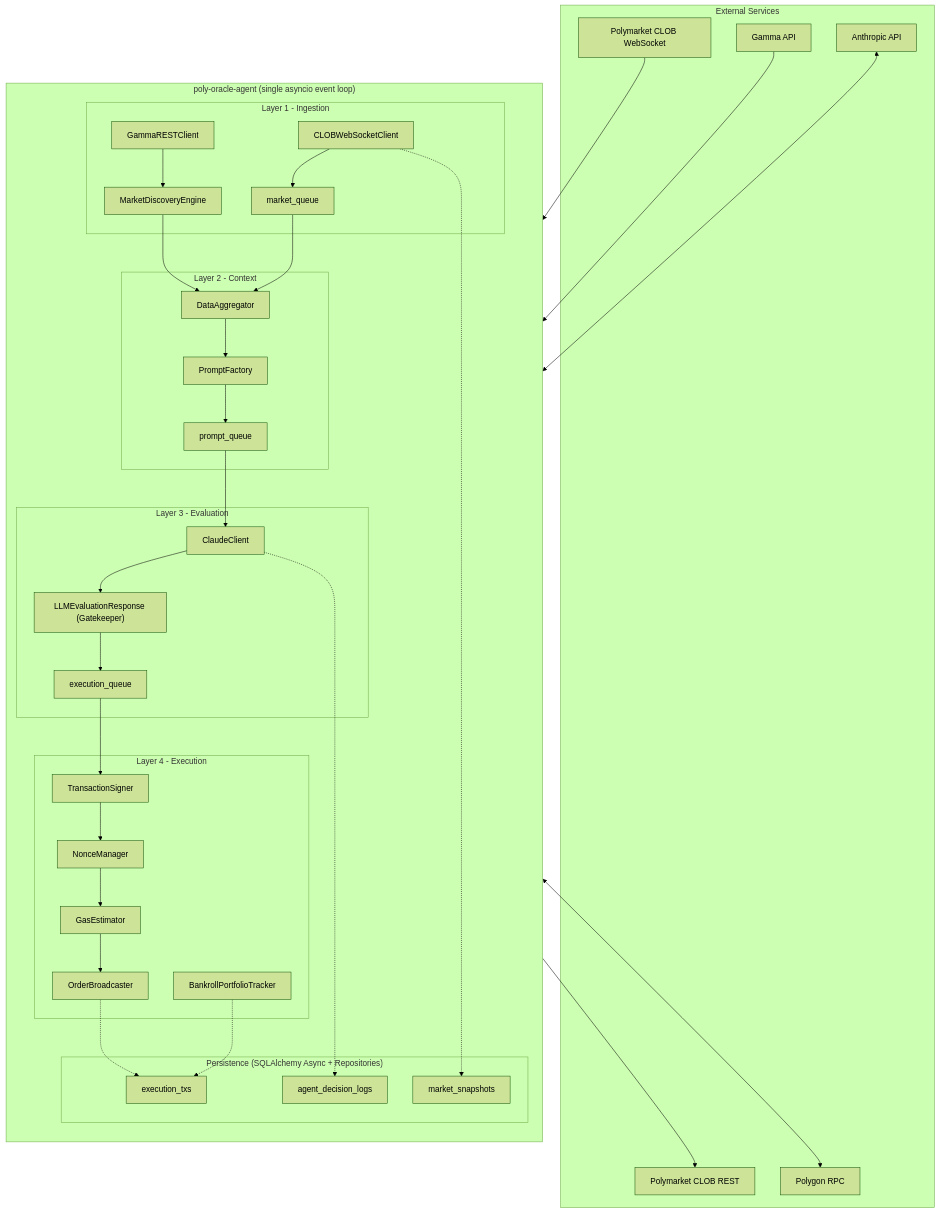
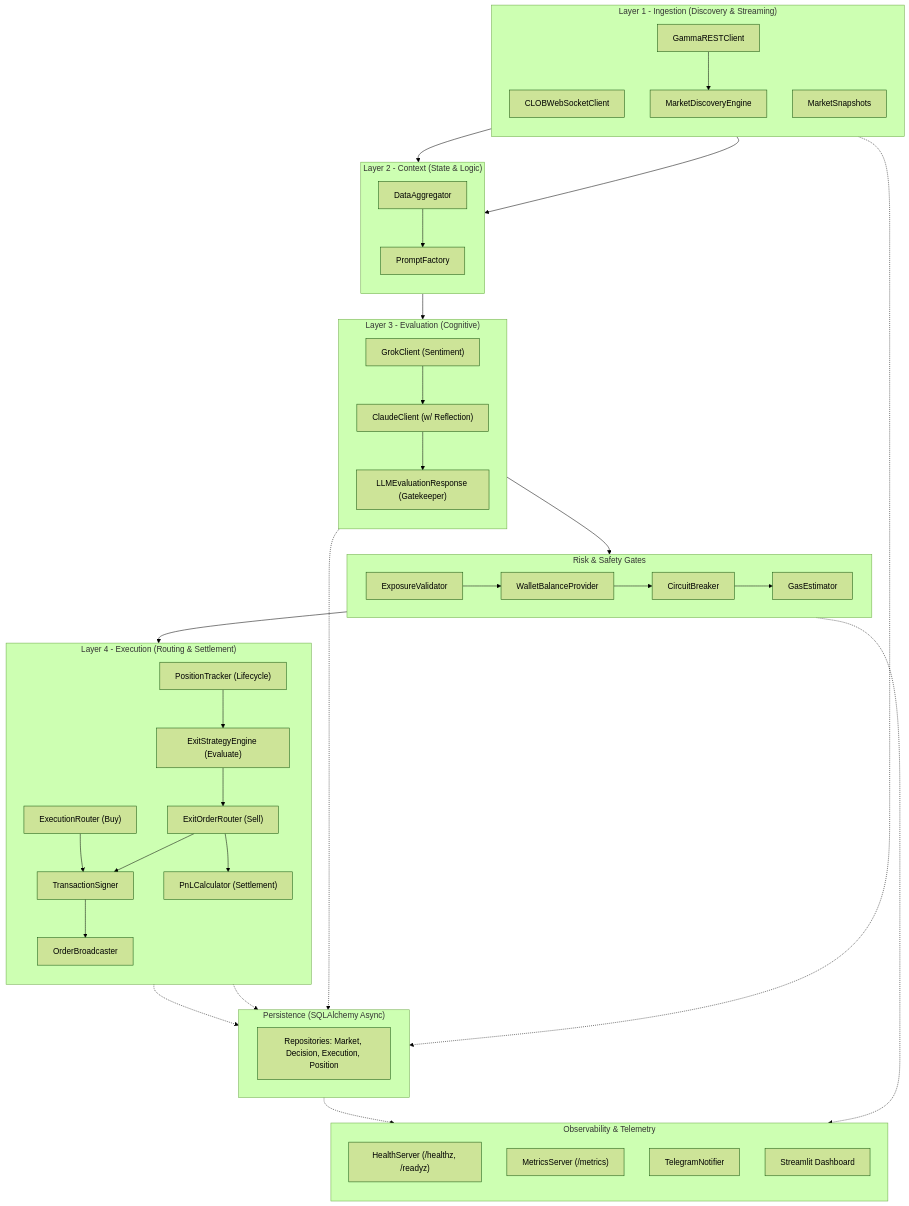
One commit to 24026926-afk/poly-oracle-agent changed the diagram in docs/system_architecture.md. Above: the diagram before and after it, drawn with Mermaid (forest theme). The commit also changed other lines of this file and 7 other files, not shown here.

````diff
--- a/docs/system_architecture.md
+++ b/docs/system_architecture.md
@@ -20,65 +21,72 @@
 ```mermaid
 graph TB
-    subgraph EXT["External Services"]
-        PM_WS["Polymarket CLOB WebSocket"]
-        PM_REST["Polymarket CLOB REST"]
-        GAMMA["Gamma API"]
-        ANTH["Anthropic API"]
-        POLY["Polygon RPC"]
+    subgraph L1["Layer 1 - Ingestion (Discovery & Streaming)"]
+        direction TB
+        WS["CLOBWebSocketClient"]
+        REST["GammaRESTClient"]
+        MDE["MarketDiscoveryEngine"]
+        L1_SNAP["MarketSnapshots"]
     end
 
-    subgraph CORE["poly-oracle-agent (single asyncio event loop)"]
+    subgraph L2["Layer 2 - Context (State & Logic)"]
         direction TB
-
-        subgraph L1["Layer 1 - Ingestion"]
-            WS["CLOBWebSocketClient"]
-            REST["GammaRESTClient"]
-            DISC["MarketDiscoveryEngine"]
-            MQ["market_queue"]
-        end
-
-        subgraph L2["Layer 2 - Context"]
-            AGG["DataAggregator"]
-            PF["PromptFactory"]
-            PQ["prompt_queue"]
-        end
-
-        subgraph L3["Layer 3 - Evaluation"]
-            CLAUDE["ClaudeClient"]
-            GATE["LLMEvaluationResponse (Gatekeeper)"]
-            EQ["execution_queue"]
-        end
-
-        subgraph L4["Layer 4 - Execution"]
-            SIGN["TransactionSigner"]
-            NONCE["NonceManager"]
-            GAS["GasEstimator"]
-            BCAST["OrderBroadcaster"]
-            BPT["BankrollPortfolioTracker"]
-        end
-
-        subgraph DB["Persistence (SQLAlchemy Async + Repositories)"]
-            SNAP["market_snapshots"]
-            DEC["agent_decision_logs"]
-            TX["execution_txs"]
-        end
+        AGG["DataAggregator"]
+        PF["PromptFactory"]
     end
 
-    PM_WS --> WS
-    GAMMA --> REST
-    REST --> DISC
-    DISC --> AGG
+    subgraph L3["Layer 3 - Evaluation (Cognitive)"]
+        direction TB
+        CLAUDE["ClaudeClient (w/ Reflection)"]
+        GROK["GrokClient (Sentiment)"]
+        GATE["LLMEvaluationResponse (Gatekeeper)"]
+    end
 
-    WS --> MQ --> AGG --> PF --> PQ --> CLAUDE
-    ANTH <--> CLAUDE
-    CLAUDE --> GATE --> EQ
+    subgraph L4["Layer 4 - Execution (Routing & Settlement)"]
+        direction TB
+        ER["ExecutionRouter (Buy)"]
+        ESE["ExitStrategyEngine (Evaluate)"]
+        EOR["ExitOrderRouter (Sell)"]
+        PT["PositionTracker (Lifecycle)"]
+        PNL["PnLCalculator (Settlement)"]
+        SIGN["TransactionSigner"]
+        BCAST["OrderBroadcaster"]
+    end
 
-    EQ --> SIGN --> NONCE --> GAS --> BCAST
-    BCAST --> PM_REST
-    BCAST <--> POLY
+    subgraph RISK["Risk & Safety Gates"]
+        direction LR
+        EV["ExposureValidator"]
+        WB["WalletBalanceProvider"]
+        CB["CircuitBreaker"]
+        GE["GasEstimator"]
+    end
 
-    WS -.-> SNAP
-    CLAUDE -.-> DEC
-    BCAST -.-> TX
-    BPT -.-> TX
+    subgraph OBS["Observability & Telemetry"]
+        direction TB
+        HEALTH["HealthServer (/healthz, /readyz)"]
+        METRICS["MetricsServer (/metrics)"]
+        TELE["TelegramNotifier"]
+        DASH["Streamlit Dashboard"]
+    end
+
+    subgraph DB["Persistence (SQLAlchemy Async)"]
+        REPOS["Repositories: Market, Decision, Execution, Position"]
+    end
+
+    WS --> AGG
+    REST --> MDE --> AGG
+    AGG --> PF --> CLAUDE
+    GROK --> CLAUDE
+    CLAUDE --> GATE
+    GATE --> EV --> WB --> CB --> GE --> ER
+    ER --> SIGN --> BCAST
+    PT --> ESE --> EOR --> SIGN
+    EOR --> PNL
+
+    L1 -.-> DB
+    CLAUDE -.-> DB
+    BCAST -.-> DB
+    PT -.-> DB
+
+    DB -.-> OBS
+    RISK -.-> TELE
 ```
````
